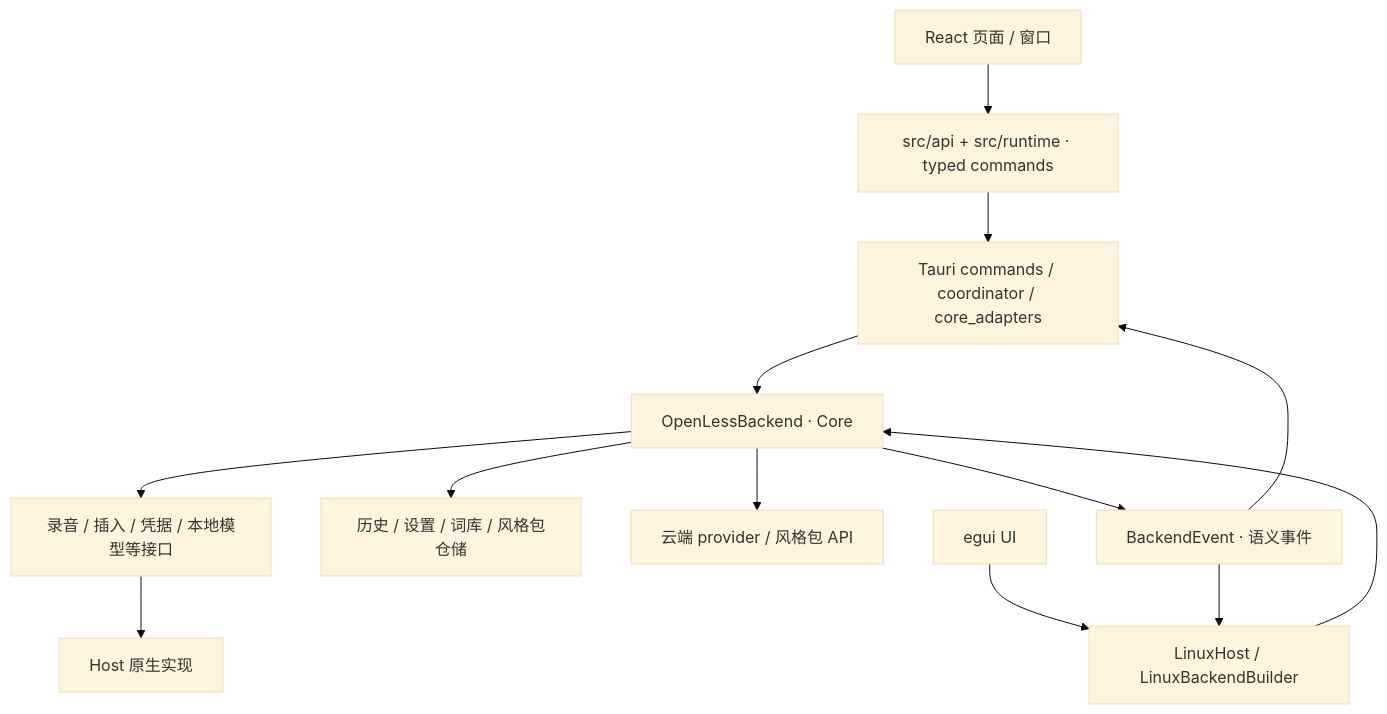
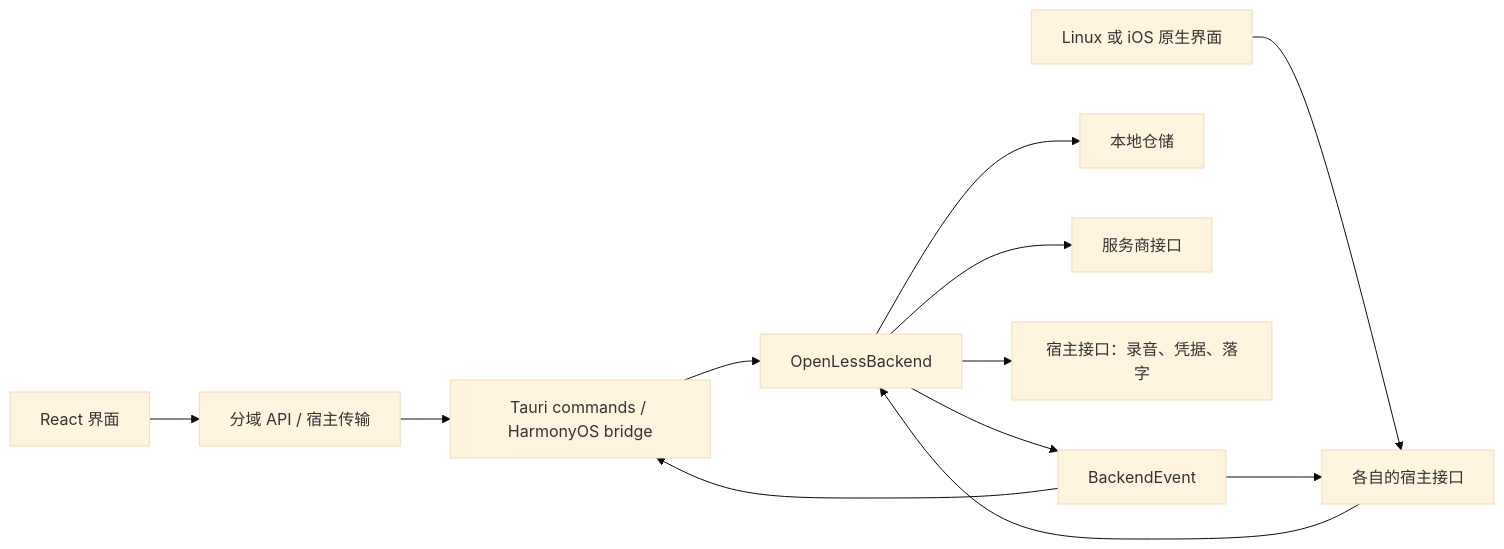
One commit to Open-Less/openless changed the diagram in docs/architecture.md. Above: the diagram before and after it, drawn with Mermaid (base theme). The commit also changed other lines of this file and 82 other files, not shown here.

Commit message:
docs: consolidate and verify OpenLess documentation

````diff
--- a/docs/architecture.md
+++ b/docs/architecture.md
@@ -21,15 +21,14 @@
-```mermaid
-flowchart TB
-    React["React 页面 / 窗口"] --> IPC["src/api + src/runtime · typed commands"]
-    IPC --> Tauri["Tauri commands / coordinator / core_adapters"]
-    Egui["egui UI"] --> Linux["LinuxHost / LinuxBackendBuilder"]
-    Tauri --> Core["OpenLessBackend · Core"]
-    Linux --> Core
-    Core --> Stores["历史 / 设置 / 词库 / 风格包仓储"]
-    Core --> Network["云端 provider / 风格包 API"]
-    Core --> Ports["录音 / 插入 / 凭据 / 本地模型等接口"]
-    Ports --> Native["Host 原生实现"]
-    Core --> Events["BackendEvent · 语义事件"]
-    Events --> Tauri
-    Events --> Linux
-```
+~~~mermaid
+flowchart LR
+  UI["React 界面"] --> API["分域 API / 宿主传输"]
+  API --> Host["Tauri commands / HarmonyOS bridge"]
+  Native["Linux 或 iOS 原生界面"] --> Adapter["各自的宿主接口"]
+  Host --> Core["OpenLessBackend"]
+  Adapter --> Core
+  Core --> Store["本地仓储"]
+  Core --> Providers["服务商接口"]
+  Core --> Ports["宿主接口：录音、凭据、落字"]
+  Core --> Events["BackendEvent"]
+  Events --> Host
+  Events --> Adapter
+~~~
````
